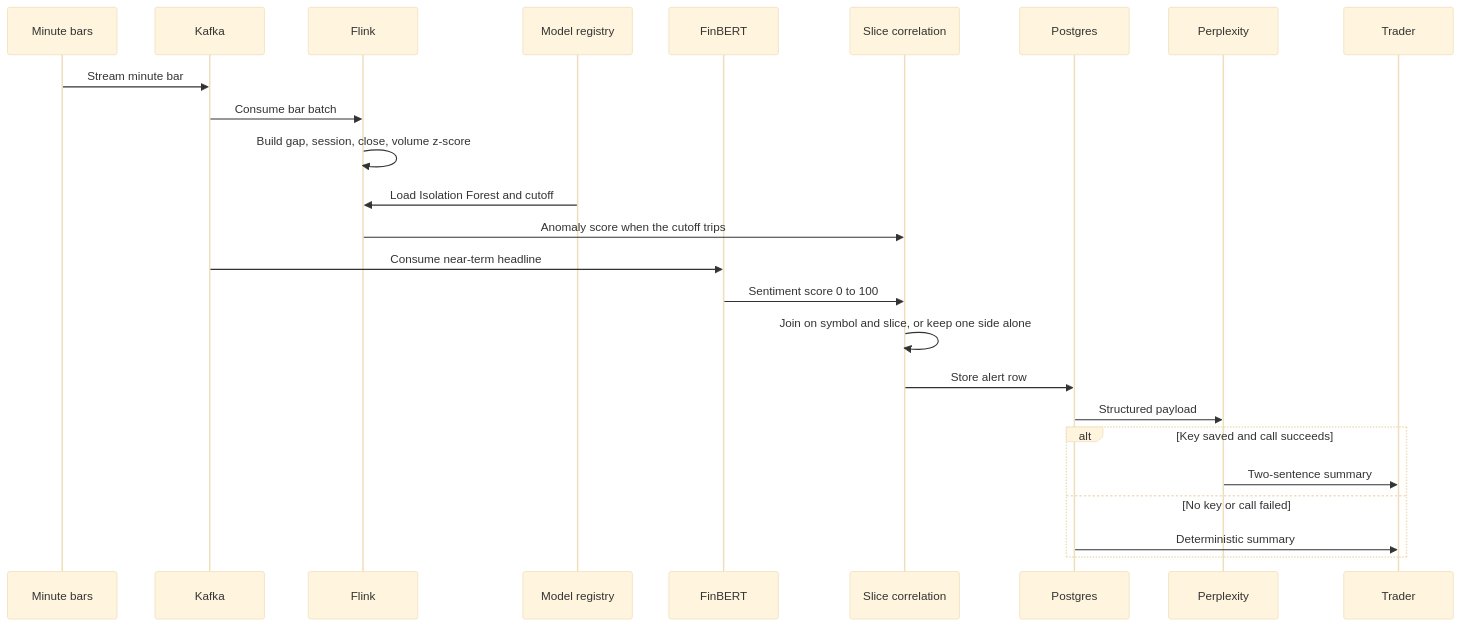
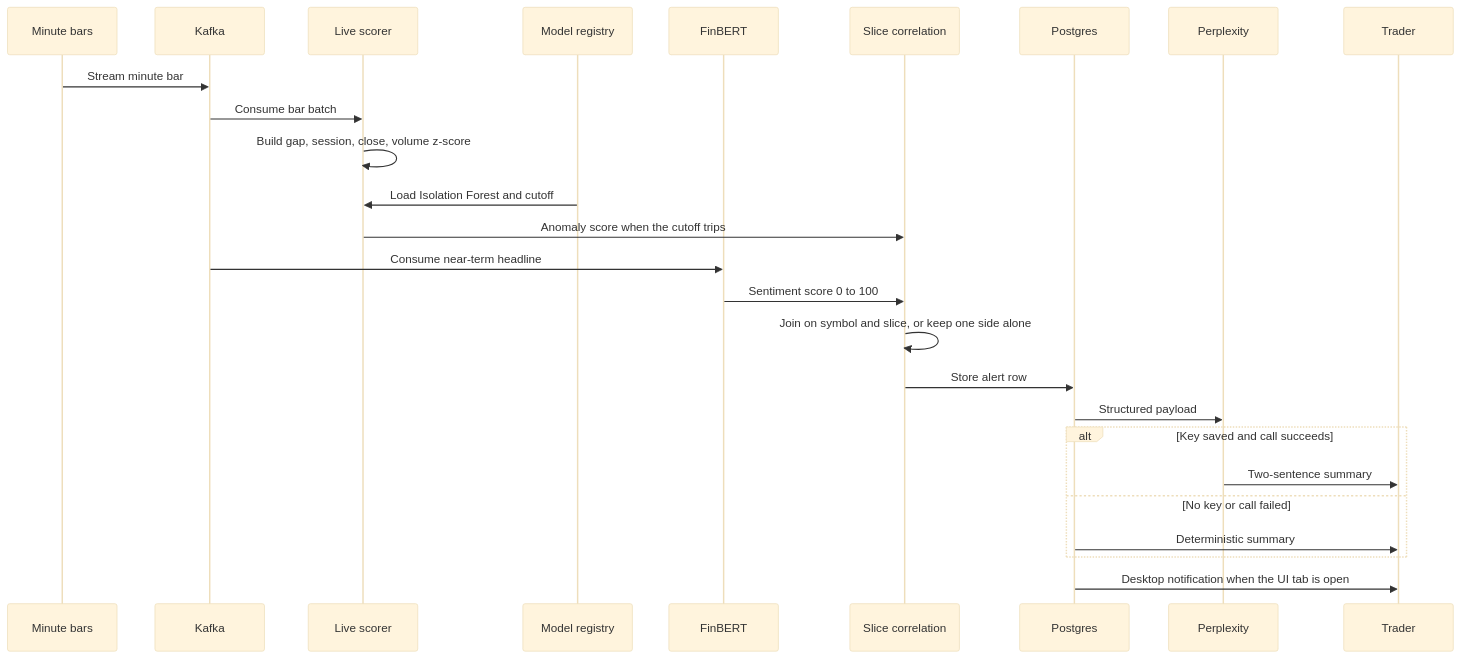
The tenth of 10 diagrams in docs/architecture.md (sameerde4/ticker-alert-system), drawn with Mermaid (base theme) before and after one commit. The commit also changed other lines of this file and 3 other files, not shown here.

````diff
--- a/docs/architecture.md
+++ b/docs/architecture.md
@@ -291,28 +348,29 @@
 ```mermaid
 sequenceDiagram
     participant Market as Minute bars
     participant Kafka
-    participant Flink
+    participant Scorer as Live scorer
     participant Registry as Model registry
     participant FinBERT
     participant Corr as Slice correlation
     participant PG as Postgres
     participant Pplx as Perplexity
     participant Trader
 
     Market->>Kafka: Stream minute bar
-    Kafka->>Flink: Consume bar batch
-    Flink->>Flink: Build gap, session, close, volume z-score
-    Registry->>Flink: Load Isolation Forest and cutoff
-    Flink->>Corr: Anomaly score when the cutoff trips
+    Kafka->>Scorer: Consume bar batch
+    Scorer->>Scorer: Build gap, session, close, volume z-score
+    Registry->>Scorer: Load Isolation Forest and cutoff
+    Scorer->>Corr: Anomaly score when the cutoff trips
     Kafka->>FinBERT: Consume near-term headline
     FinBERT->>Corr: Sentiment score 0 to 100
     Corr->>Corr: Join on symbol and slice, or keep one side alone
     Corr->>PG: Store alert row
     PG->>Pplx: Structured payload
     alt Key saved and call succeeds
         Pplx->>Trader: Two-sentence summary
     else No key or call failed
         PG->>Trader: Deterministic summary
     end
+    PG->>Trader: Desktop notification when the UI tab is open
 ```
````
